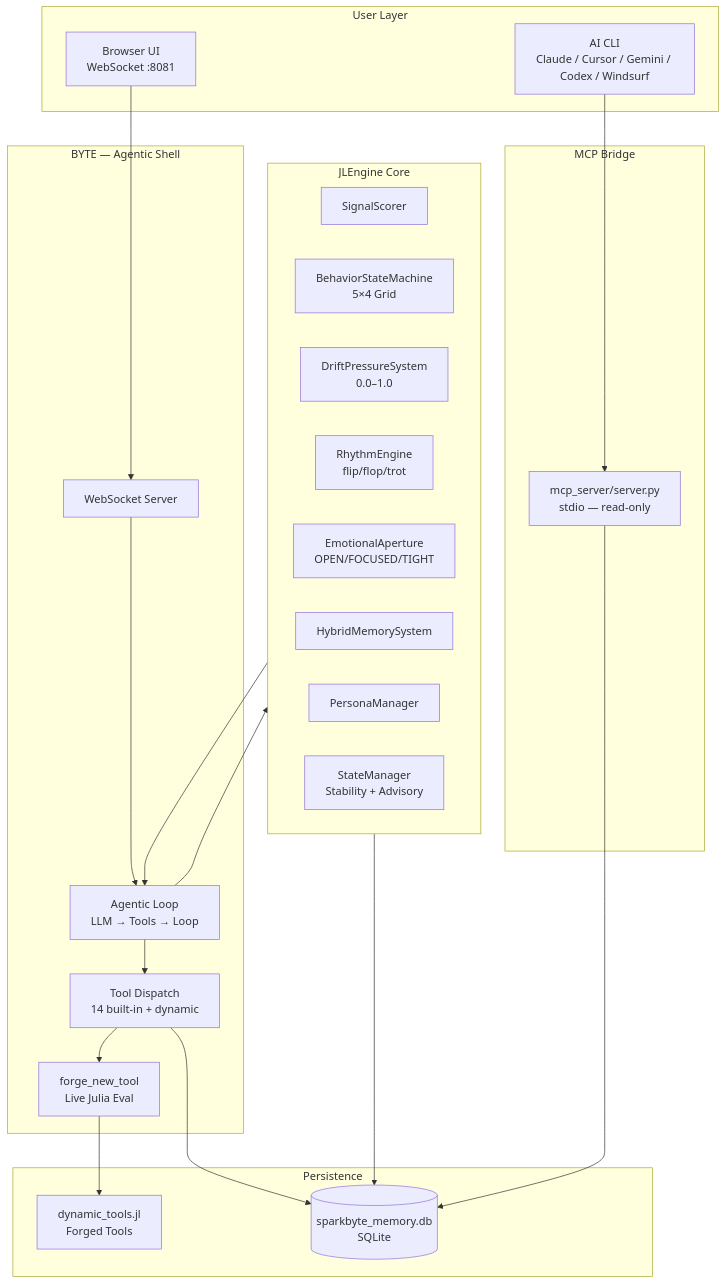
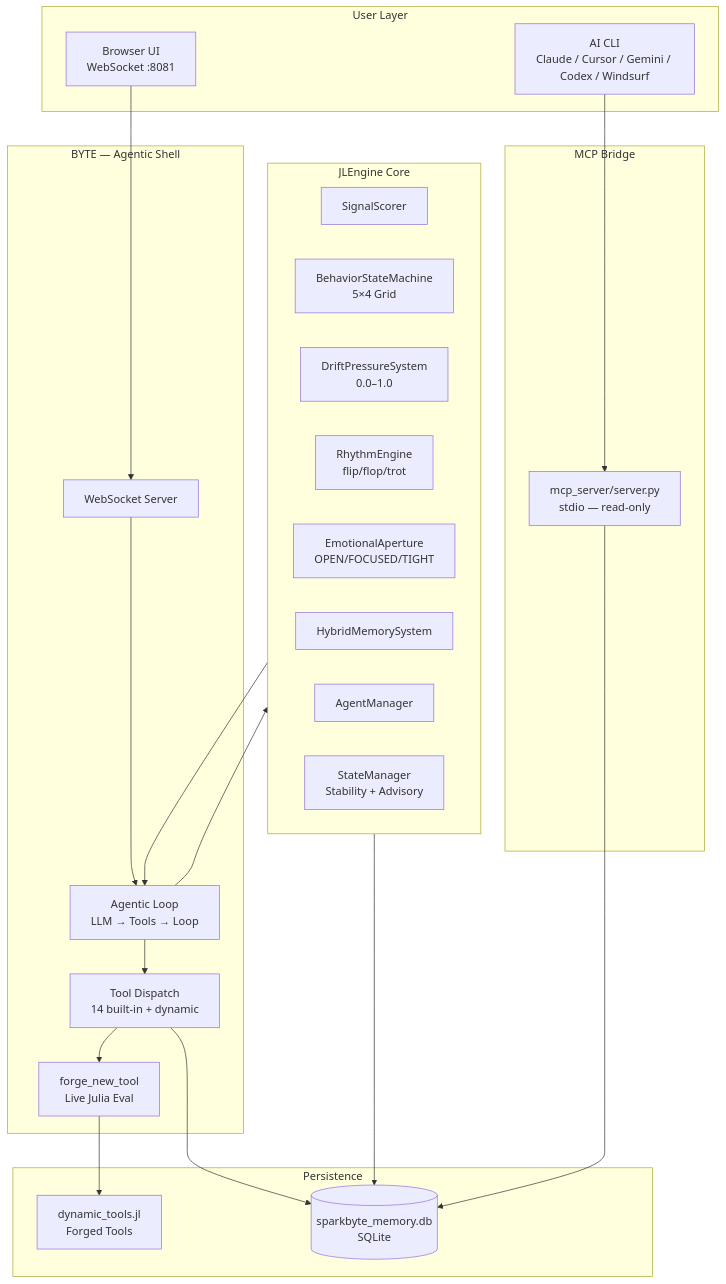
One commit to jaden688/JL_Engine-SB.Omni changed the first of 6 diagrams in README.md. Above: the diagram before and after it, drawn with Mermaid. The commit also changed other lines of this file and 79 other files, not shown here.

First line of the commit message:
refactor: rename persona → agent throughout (code, paths, data, language)

````diff
--- a/README.md
+++ b/README.md
@@ -11,46 +11,46 @@
 ```mermaid
 graph TB
     subgraph USER["User Layer"]
         UI["Browser UI\nWebSocket :8081"]
         CLI["AI CLI\nClaude / Cursor / Gemini / Codex / Windsurf"]
     end
 
     subgraph BYTE["BYTE — Agentic Shell"]
         WS["WebSocket Server"]
         LOOP["Agentic Loop\nLLM → Tools → Loop"]
         FORGE["forge_new_tool\nLive Julia Eval"]
         TOOLS["Tool Dispatch\n14 built-in + dynamic"]
     end
 
     subgraph ENGINE["JLEngine Core"]
         SIG["SignalScorer"]
         BSM["BehaviorStateMachine\n5×4 Grid"]
         DRIFT["DriftPressureSystem\n0.0–1.0"]
         RHYTHM["RhythmEngine\nflip/flop/trot"]
         APE["EmotionalAperture\nOPEN/FOCUSED/TIGHT"]
         MEM["HybridMemorySystem"]
-        PERSONA["PersonaManager"]
+        PERSONA["AgentManager"]
         STATE["StateManager\nStability + Advisory"]
     end
 
     subgraph STORAGE["Persistence"]
         DB[("sparkbyte_memory.db\nSQLite")]
         DYN["dynamic_tools.jl\nForged Tools"]
     end
 
     subgraph MCP["MCP Bridge"]
         MCPSRV["mcp_server/server.py\nstdio — read-only"]
     end
 
     UI --> WS
     CLI --> MCPSRV
     WS --> LOOP
     LOOP --> ENGINE
     ENGINE --> LOOP
     LOOP --> TOOLS
     FORGE --> DYN
     TOOLS --> FORGE
     ENGINE --> DB
     TOOLS --> DB
     MCPSRV --> DB
 ```
````
